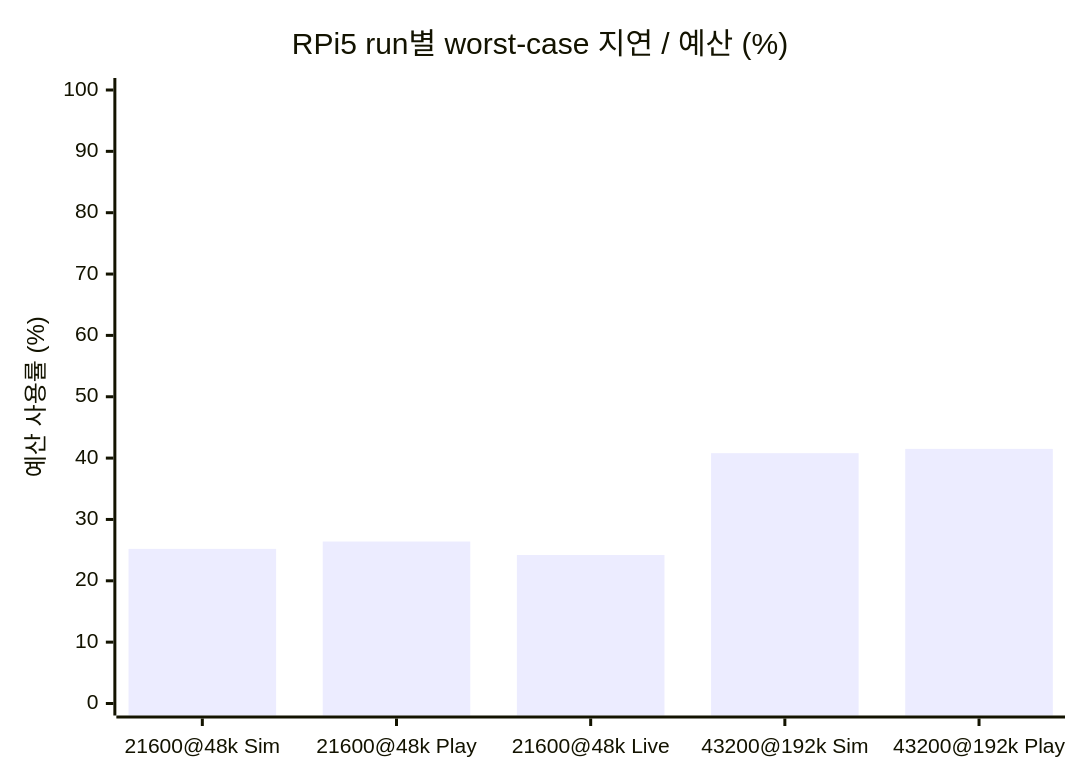
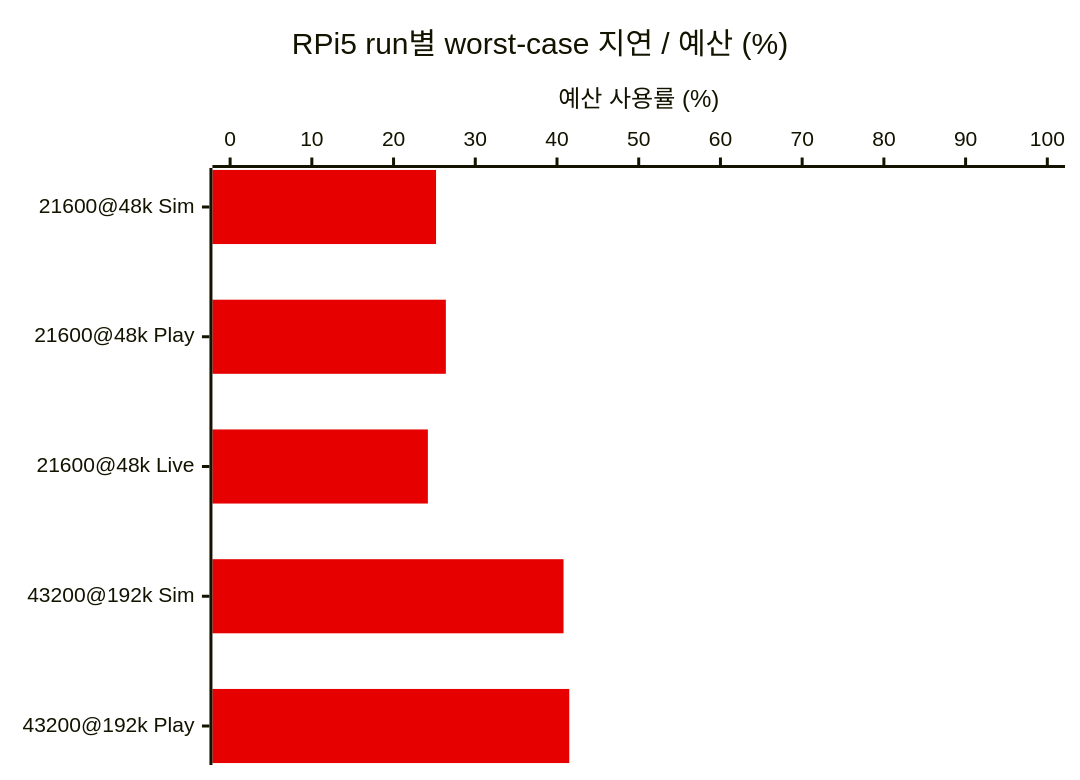
One commit to lgcmu2026-team5/TimeGrapher-Docs changed the second of 4 diagrams in Milestone/ko/4-Planned-Experiments.md. Above: the diagram before and after it, drawn with Mermaid. The commit also changed other lines of this file and 1 other file, not shown here.

Commit message:
docs(EXP-01/02): make bar charts horizontal and red
- Set plotColorPalette to red (#e60000) matching the trend lines
- Switch to horizontal bar orientation

````diff
--- a/Milestone/ko/4-Planned-Experiments.md
+++ b/Milestone/ko/4-Planned-Experiments.md
@@ -106,7 +107,8 @@
 ```mermaid
-xychart-beta
+%%{init: {"themeVariables": {"xyChart": {"plotColorPalette": "#e60000"}}}}%%
+xychart-beta horizontal
     title "RPi5 run별 worst-case 지연 / 예산 (%)"
     x-axis ["21600@48k Sim", "21600@48k Play", "21600@48k Live", "43200@192k Sim", "43200@192k Play"]
     y-axis "예산 사용률 (%)" 0 --> 100
     bar [25.2, 26.4, 24.2, 40.8, 41.5]
 ```
````
